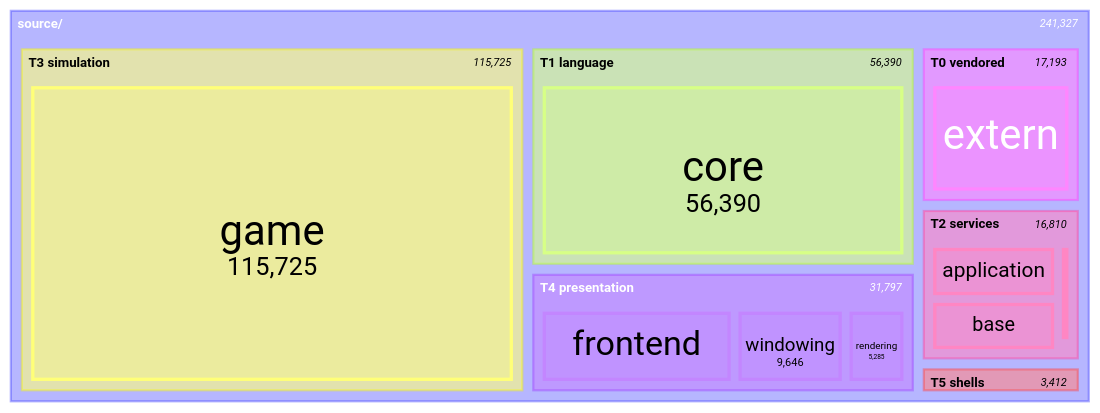
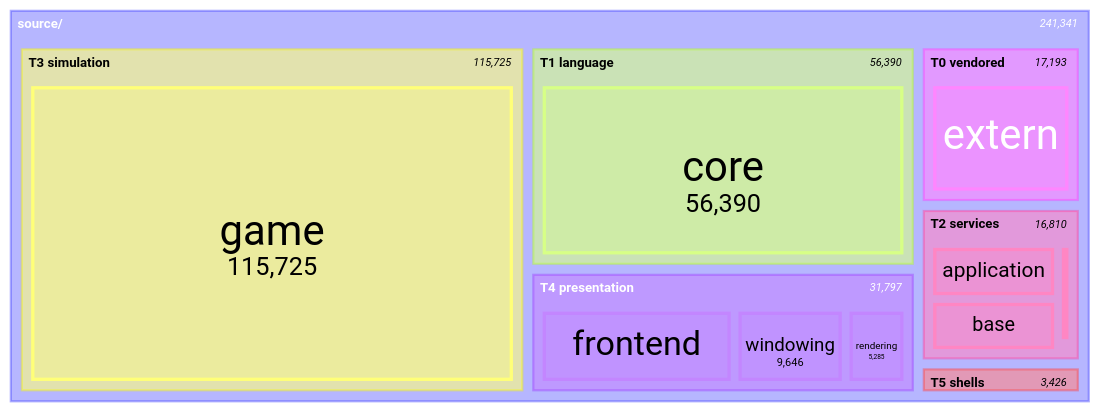
One commit to apnex/OpenStarbound changed the seventh of 11 diagrams in docs/architecture/system-boundaries.md. Above: the diagram before and after it, drawn with Mermaid. The commit also changed other lines of this file and 2 other files, not shown here.

````diff
--- a/docs/architecture/system-boundaries.md
+++ b/docs/architecture/system-boundaries.md
@@ -599,22 +599,22 @@
 ```mermaid
 treemap-beta
 "source/"
     "T0 vendored"
         "extern": 17193
     "T1 language"
         "core": 56390
     "T2 services"
         "application": 7677
         "base": 7472
         "metrics": 1519
         "platform": 142
     "T3 simulation"
         "game": 115725
     "T4 presentation"
         "frontend": 16866
         "windowing": 9646
         "rendering": 5285
     "T5 shells"
-        "client": 2629
+        "client": 2643
         "server": 783
 ```
````
